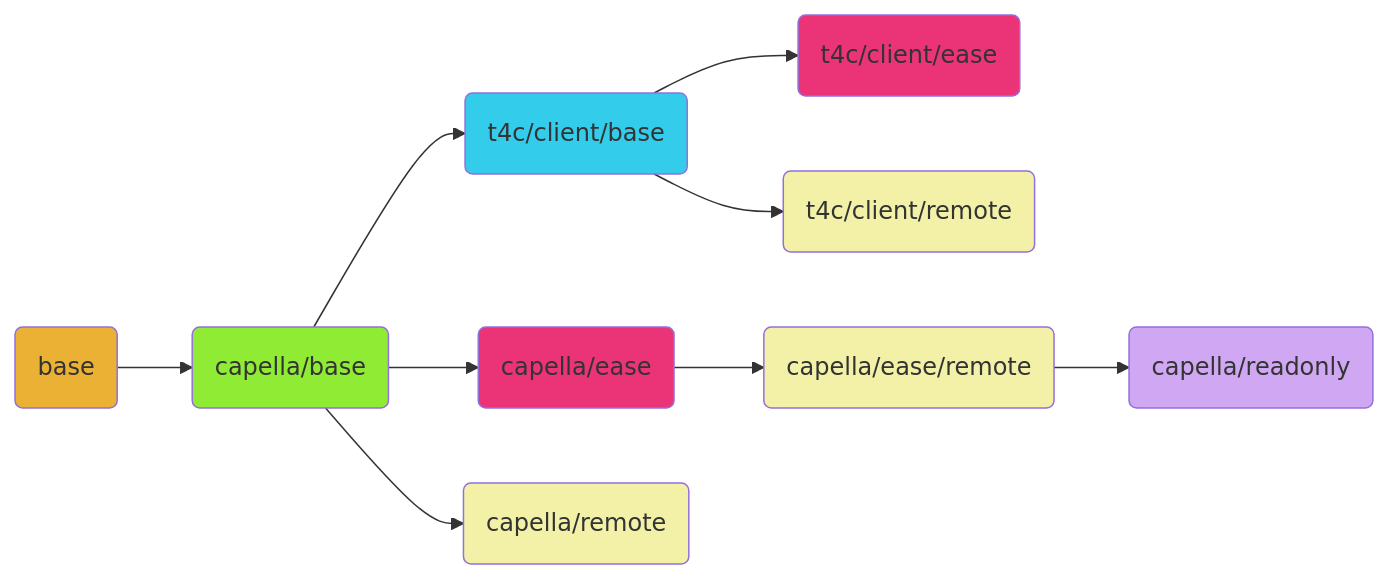
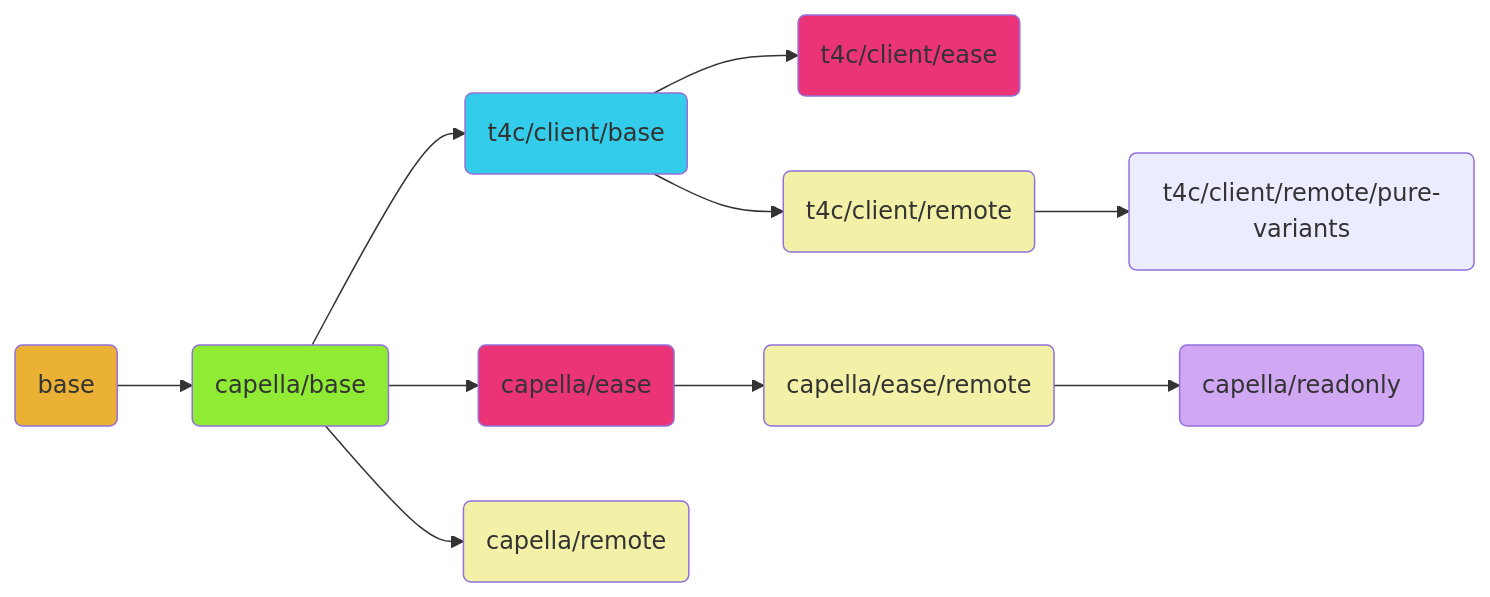
The diagram in README.md (DSD-DBS/capella-dockerimages), drawn with Mermaid before and after one commit. The commit also changed other lines of this file and 6 other files, not shown here.

Commit message:
feat: Rework pure-variants Dockerfile

````diff
--- a/README.md
+++ b/README.md
@@ -37,19 +37,19 @@
 ```mermaid
 flowchart LR
     A(base) --> B(capella/base)
     B(capella/base) --> C(t4c/client/base)
     B(capella/base) --> D(capella/ease)
     C(t4c/client/base) --> E(t4c/client/ease)
     B(capella/base) --> F(capella/remote)
-    C(t4c/client/base) --> G(t4c/client/remote)
+    C(t4c/client/base) --> G(t4c/client/remote) --> J(t4c/client/remote/pure-variants)
     D(capella/ease) --> H(capella/ease/remote) --> I(capella/readonly)
     style A fill:#ebb134
     style B fill:#8feb34
     style C fill:#34cceb
     style D fill:#eb3477
     style E fill:#eb3477
     style F fill:#f2f1a7
     style G fill:#f2f1a7
     style H fill:#f2f1a7
     style I fill:#d0a7f2
 ```
````
